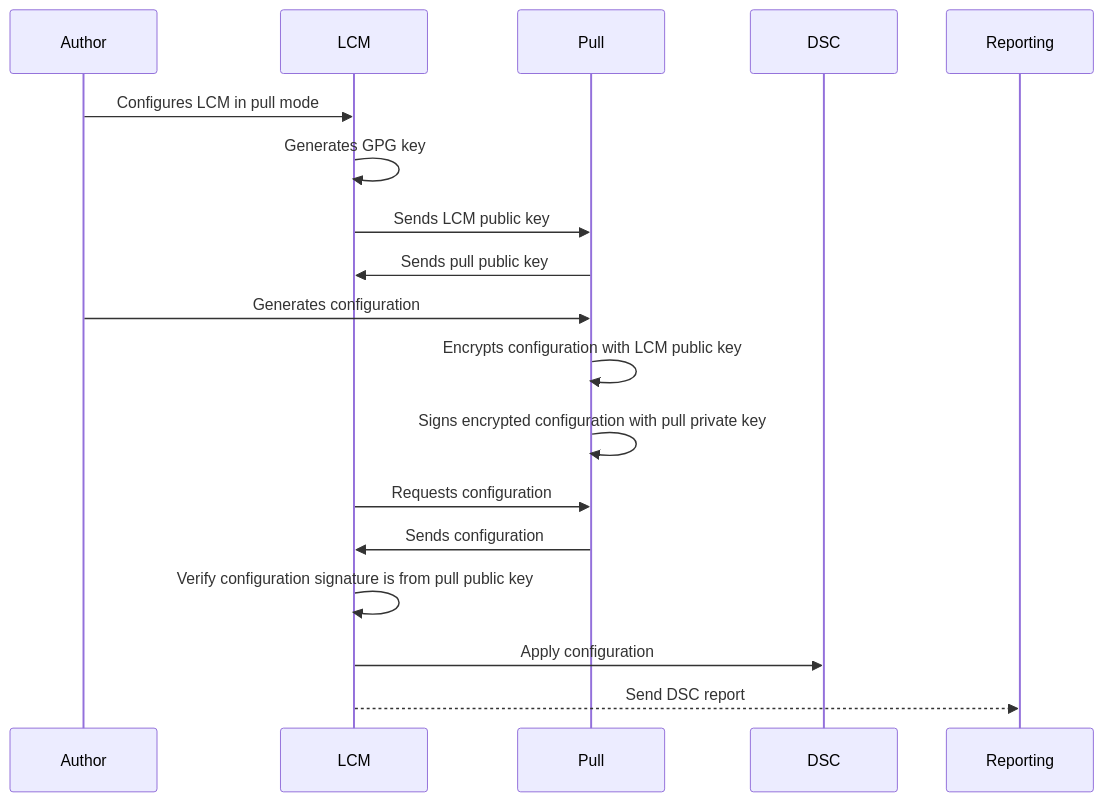
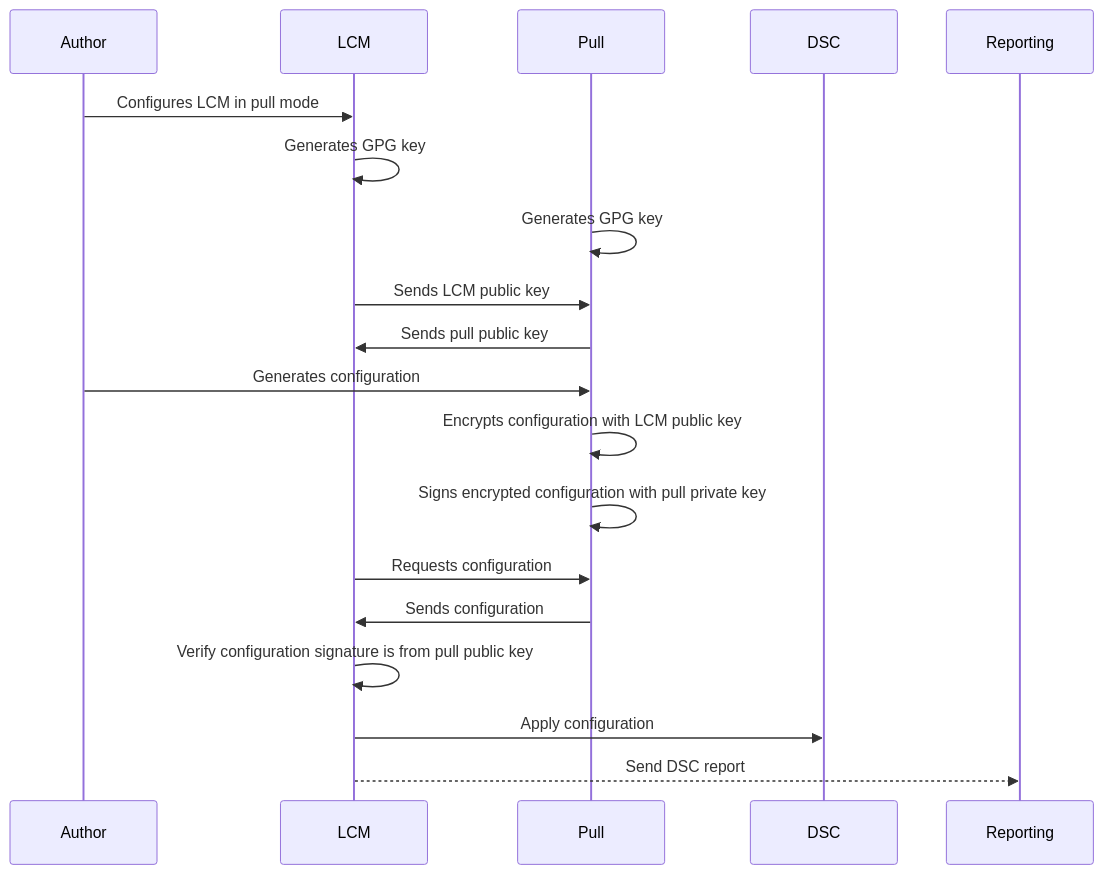
One commit to opendsc/opendsc changed the fourth of 4 diagrams in README.md. Above: the diagram before and after it, drawn with Mermaid.

Commit message:
Add pull server key generation

````diff
--- a/README.md
+++ b/README.md
@@ -101,15 +101,16 @@
 ```mermaid
 sequenceDiagram
     Author->>LCM: Configures LCM in pull mode
     LCM->>LCM: Generates GPG key
+    Pull->>Pull: Generates GPG key
     LCM->>Pull: Sends LCM public key
     Pull->>LCM: Sends pull public key
     Author->>Pull: Generates configuration
     Pull->>Pull: Encrypts configuration with LCM public key
     Pull->>Pull: Signs encrypted configuration with pull private key
     LCM->>Pull: Requests configuration
     Pull->>LCM: Sends configuration
     LCM->>LCM: Verify configuration signature is from pull public key
     LCM->>DSC: Apply configuration
     LCM-->>Reporting: Send DSC report
 ```
````
